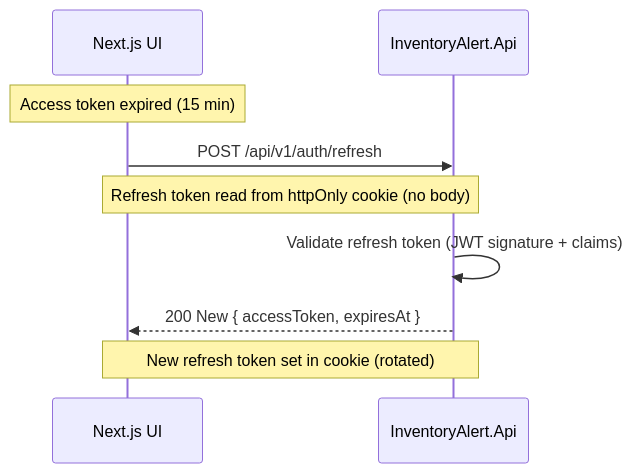
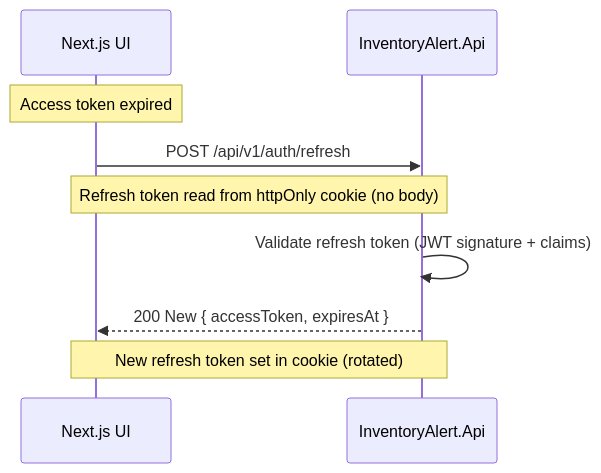
One commit to nhonvo/InvestManagementSystem changed the second of 3 diagrams in InventoryAlert.Wiki/docs/04-execution-flows/user-authentication.md. Above: the diagram before and after it, drawn with Mermaid. The commit also changed other lines of this file and 11 other files, not shown here.

````diff
--- a/InventoryAlert.Wiki/docs/04-execution-flows/user-authentication.md
+++ b/InventoryAlert.Wiki/docs/04-execution-flows/user-authentication.md
@@ -32,12 +32,12 @@
 ```mermaid
 sequenceDiagram
     participant UI as Next.js UI
     participant API as InventoryAlert.Api
 
-    Note over UI: Access token expired (15 min)
+    Note over UI: Access token expired
     UI->>API: POST /api/v1/auth/refresh
     Note over UI,API: Refresh token read from httpOnly cookie (no body)
     API->>API: Validate refresh token (JWT signature + claims)
     API-->>UI: 200 New { accessToken, expiresAt }
     Note over API,UI: New refresh token set in cookie (rotated)
 ```
````
